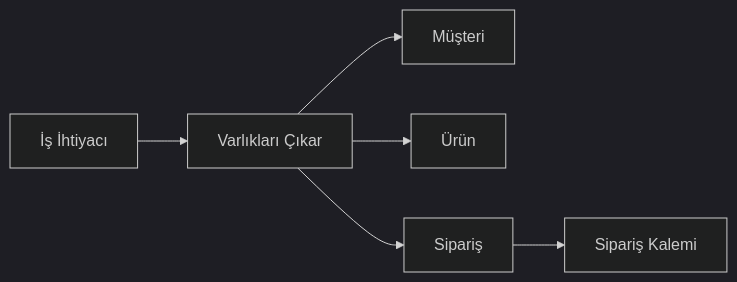
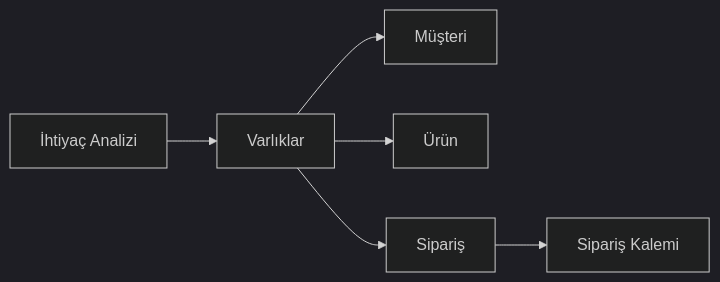
The first of 3 diagrams in courses/database-systems/articles/6- Veritabanı Tasarımına Giriş.md (hamitseyrek/seyrek-academy), drawn with Mermaid (dark theme) before and after one commit. The commit also changed other lines of this file and 1 other file, not shown here.

````diff
--- a/courses/database-systems/articles/6- Veritabanı Tasarımına Giriş.md
+++ b/courses/database-systems/articles/6- Veritabanı Tasarımına Giriş.md
@@ -38,8 +29,8 @@
 ```mermaid
 flowchart LR
-    A[İş İhtiyacı] --> B[Varlıkları Çıkar]
+    A[İhtiyaç Analizi] --> B[Varlıklar]
     B --> C[Müşteri]
     B --> D[Ürün]
     B --> E[Sipariş]
     E --> F[Sipariş Kalemi]
 ```
````
